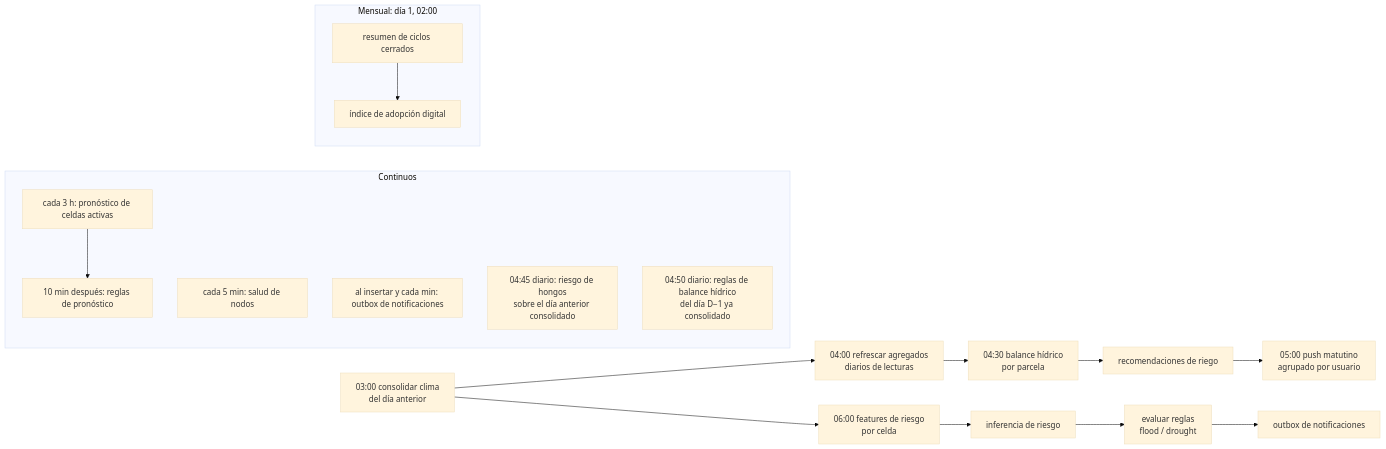
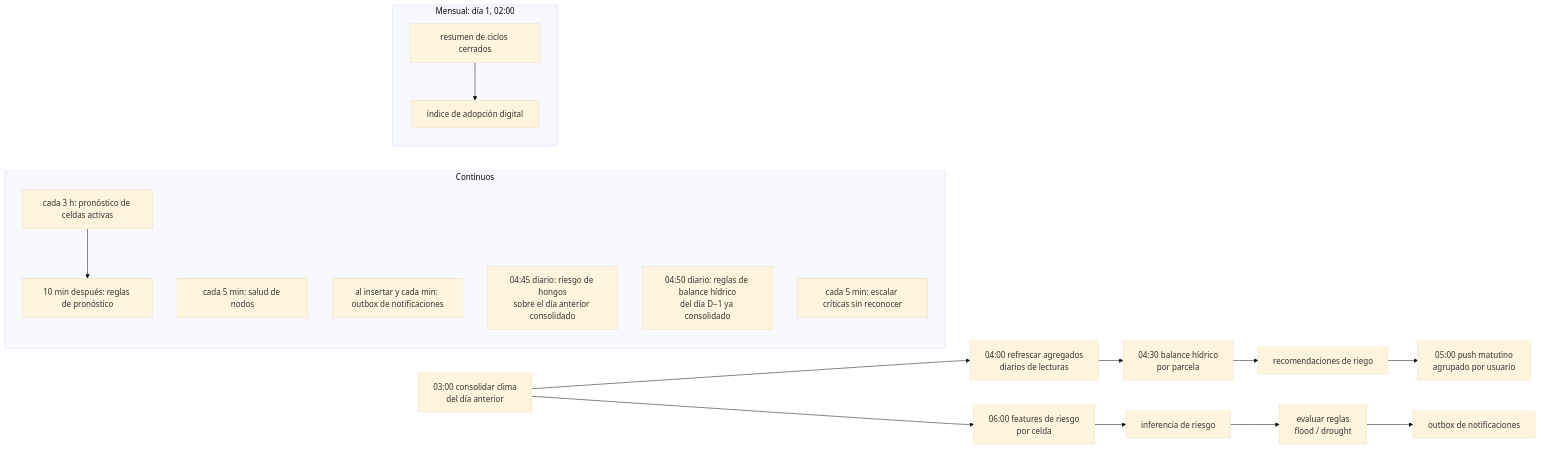
One commit to jab16jy/techcamp-v2 changed the third of 3 diagrams in docs/10-dag.md. Above: the diagram before and after it, drawn with Mermaid (base theme). The commit also changed other lines of this file and 2 other files, not shown here.

````diff
--- a/docs/10-dag.md
+++ b/docs/10-dag.md
@@ -158,23 +158,24 @@
 ```mermaid
 flowchart LR
   a[03:00 consolidar clima<br/>del día anterior] --> b[04:00 refrescar agregados<br/>diarios de lecturas]
   b --> c[04:30 balance hídrico<br/>por parcela]
   c --> d[recomendaciones de riego]
   d --> e[05:00 push matutino<br/>agrupado por usuario]
   a --> f[06:00 features de riesgo<br/>por celda]
   f --> g[inferencia de riesgo]
   g --> h[evaluar reglas<br/>flood / drought]
   h --> i[outbox de notificaciones]
 
   subgraph continuos [Continuos]
     k[cada 3 h: pronóstico de celdas activas] --> l[10 min después: reglas de pronóstico]
     m[cada 5 min: salud de nodos]
     n[al insertar y cada min: outbox de notificaciones]
     q[04:45 diario: riesgo de hongos<br/>sobre el día anterior consolidado]
     r[04:50 diario: reglas de balance hídrico<br/>del día D−1 ya consolidado]
+    s[cada 5 min: escalar críticas sin reconocer]
   end
 
   subgraph mensual [Mensual: día 1, 02:00]
     o[resumen de ciclos cerrados] --> p[índice de adopción digital]
   end
 ```
````
